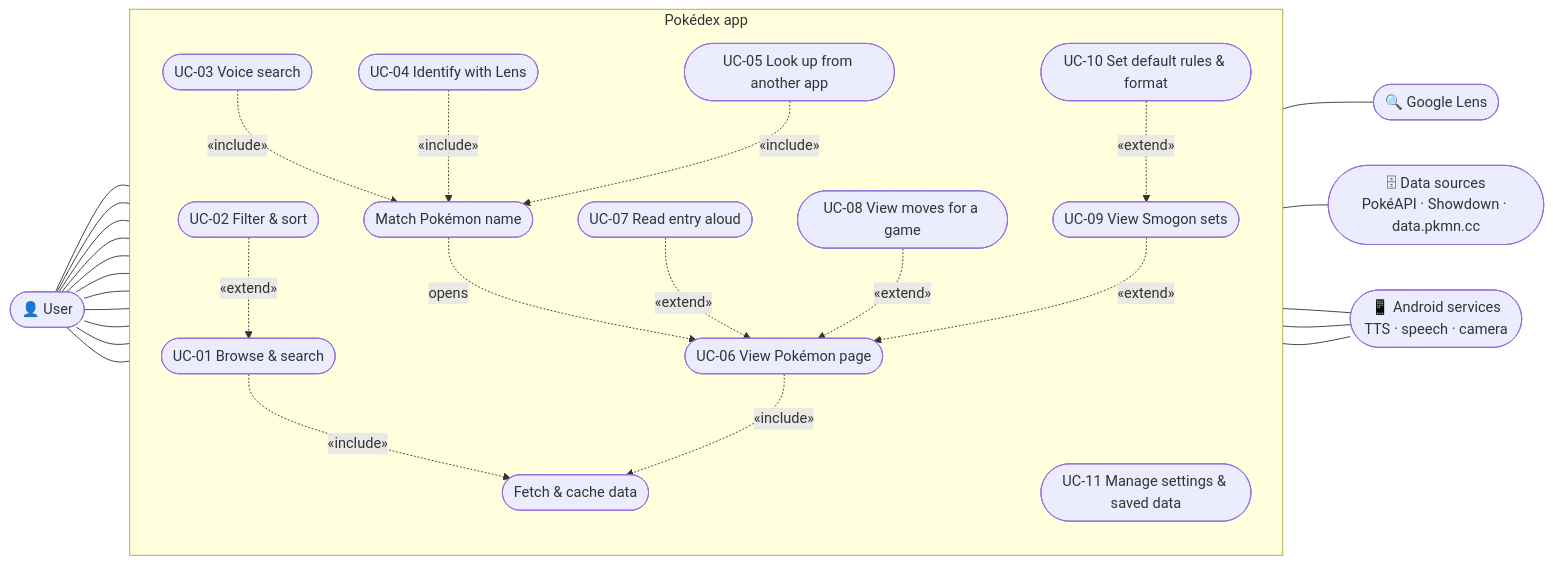
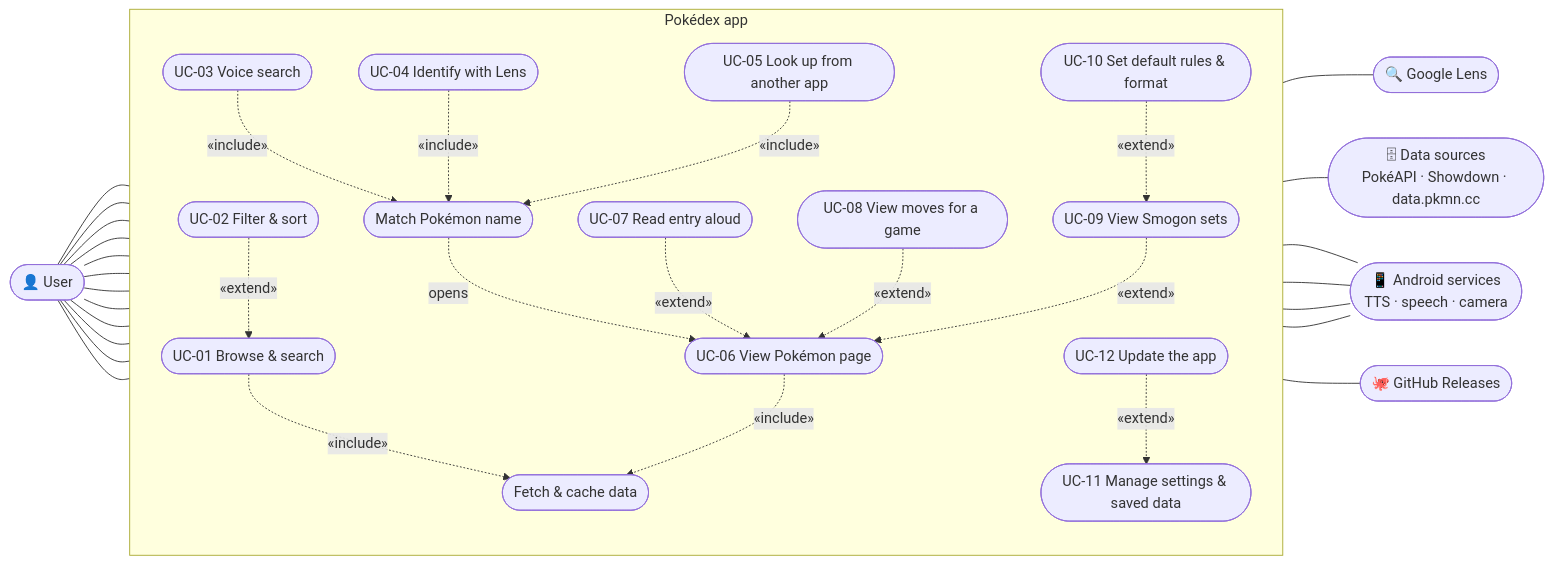
Before and after one commit to htiekk0k/Pokedex: the diagram in docs/diagrams/use-case-diagram.md, drawn with Mermaid. The commit also changed other lines of this file and 15 other files, not shown here.

````diff
--- a/docs/diagrams/use-case-diagram.md
+++ b/docs/diagrams/use-case-diagram.md
@@ -11,44 +12,48 @@
 ```mermaid
 flowchart LR
   user(["👤 User"])
   lens(["🔍 Google Lens"])
   data(["🗄 Data sources<br/>PokéAPI · Showdown · data.pkmn.cc"])
   android(["📱 Android services<br/>TTS · speech · camera"])
 
   subgraph sys["Pokédex app"]
     direction TB
     UC01(["UC-01 Browse & search"])
     UC02(["UC-02 Filter & sort"])
     UC03(["UC-03 Voice search"])
     UC04(["UC-04 Identify with Lens"])
     UC05(["UC-05 Look up from another app"])
     UC06(["UC-06 View Pokémon page"])
     UC07(["UC-07 Read entry aloud"])
     UC08(["UC-08 View moves for a game"])
     UC09(["UC-09 View Smogon sets"])
     UC10(["UC-10 Set default rules & format"])
     UC11(["UC-11 Manage settings & saved data"])
+    UC12(["UC-12 Update the app"])
     MATCH(["Match Pokémon name"])
     FETCH(["Fetch & cache data"])
   end
 
-  user --- UC01 & UC02 & UC03 & UC04 & UC05 & UC06 & UC07 & UC08 & UC09 & UC10 & UC11
+  user --- UC01 & UC02 & UC03 & UC04 & UC05 & UC06 & UC07 & UC08 & UC09 & UC10 & UC11 & UC12
 
   UC02 -. "«extend»" .-> UC01
   UC03 -. "«include»" .-> MATCH
   UC04 -. "«include»" .-> MATCH
   UC05 -. "«include»" .-> MATCH
   MATCH -. "opens" .-> UC06
   UC07 -. "«extend»" .-> UC06
   UC08 -. "«extend»" .-> UC06
   UC09 -. "«extend»" .-> UC06
   UC10 -. "«extend»" .-> UC09
   UC01 -. "«include»" .-> FETCH
   UC06 -. "«include»" .-> FETCH
 
   UC04 --- lens
   FETCH --- data
   UC03 --- android
   UC07 --- android
   UC04 --- android
+  UC12 -. "«extend»" .-> UC11
+  UC12 --- github(["🐙 GitHub Releases"])
+  UC12 --- android
 ```
````
